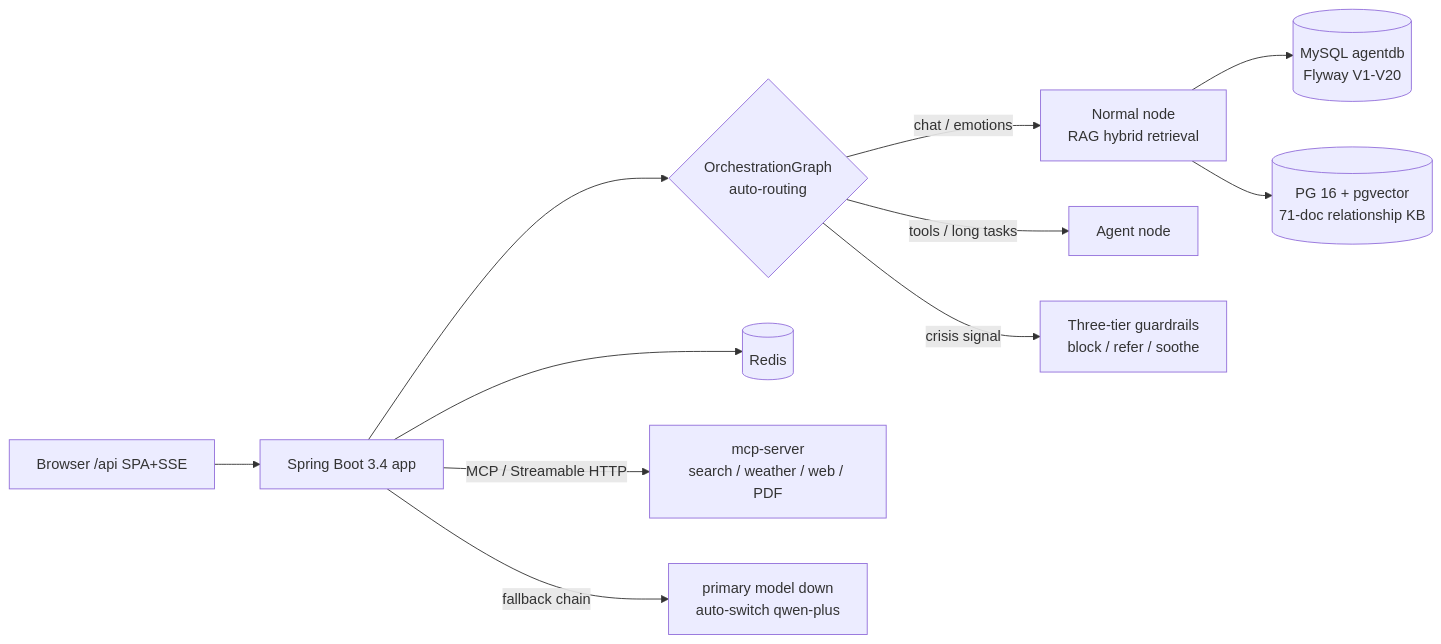
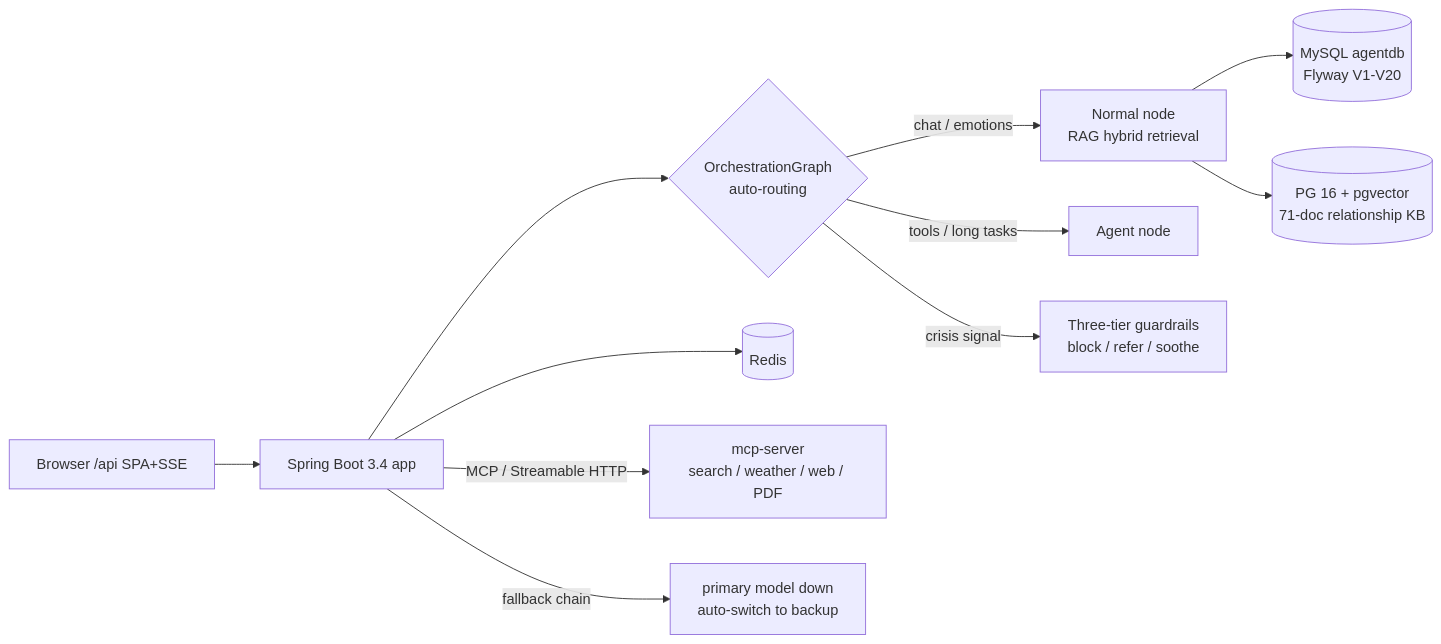
One commit to Mitsuki-lwx/LoveHelping-agent changed the diagram in README.en.md. Above: the diagram before and after it, drawn with Mermaid. The commit also changed other lines of this file and 4 other files, not shown here.

````diff
--- a/README.en.md
+++ b/README.en.md
@@ -122,13 +122,13 @@
 ```mermaid
 flowchart LR
   U[Browser /api SPA+SSE] --> A[Spring Boot 3.4 app]
   A --> C{OrchestrationGraph<br/>auto-routing}
   C -->|chat / emotions| N[Normal node<br/>RAG hybrid retrieval]
   C -->|tools / long tasks| T[Agent node]
   C -->|crisis signal| G[Three-tier guardrails<br/>block / refer / soothe]
   N --> KB[(MySQL agentdb<br/>Flyway V1-V20)]
   N --> V[(PG 16 + pgvector<br/>71-doc relationship KB)]
   A --> R[(Redis)]
   A -->|MCP / Streamable HTTP| M[mcp-server<br/>search / weather / web / PDF]
-  A -->|fallback chain| F[primary model down<br/>auto-switch qwen-plus]
+  A -->|fallback chain| F[primary model down<br/>auto-switch to backup]
 ```
````
